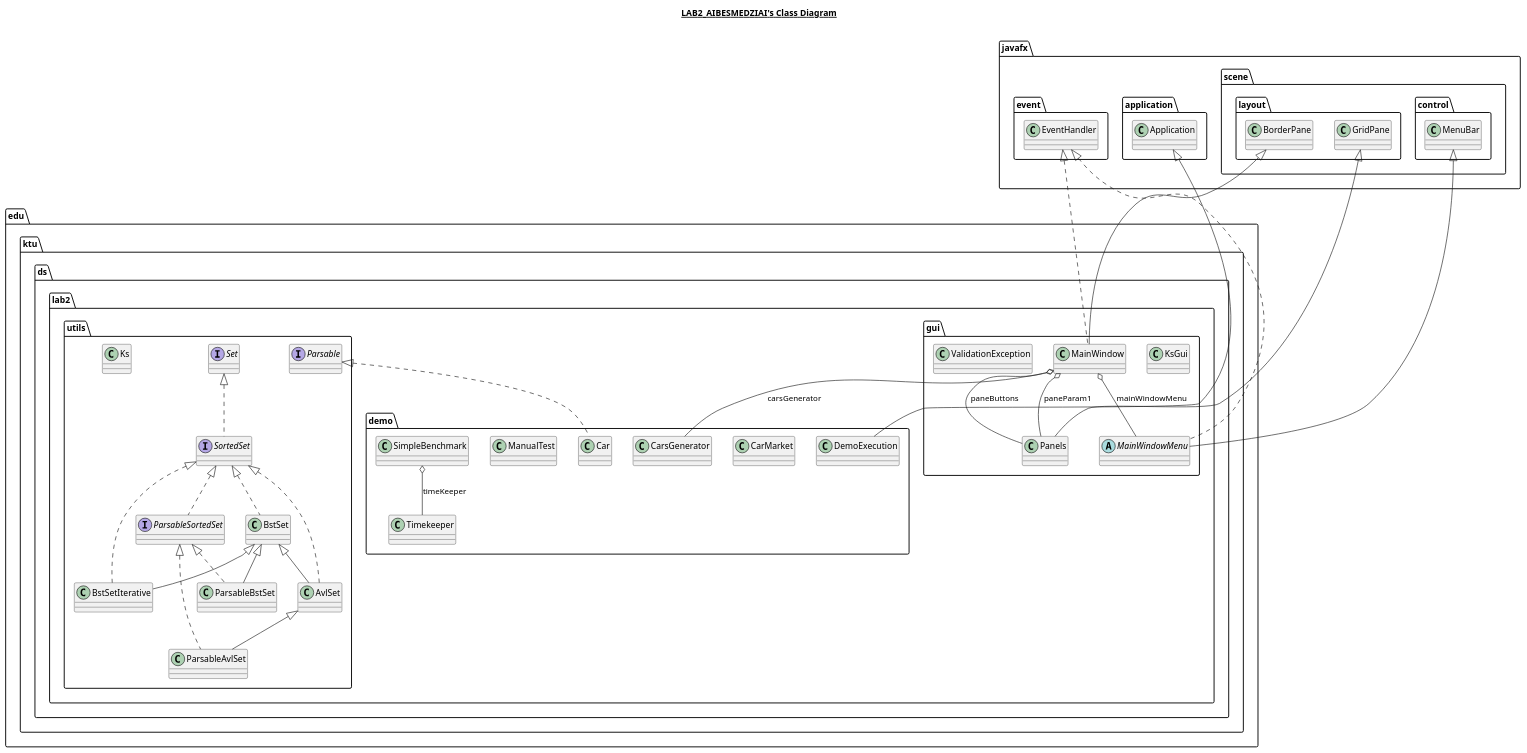
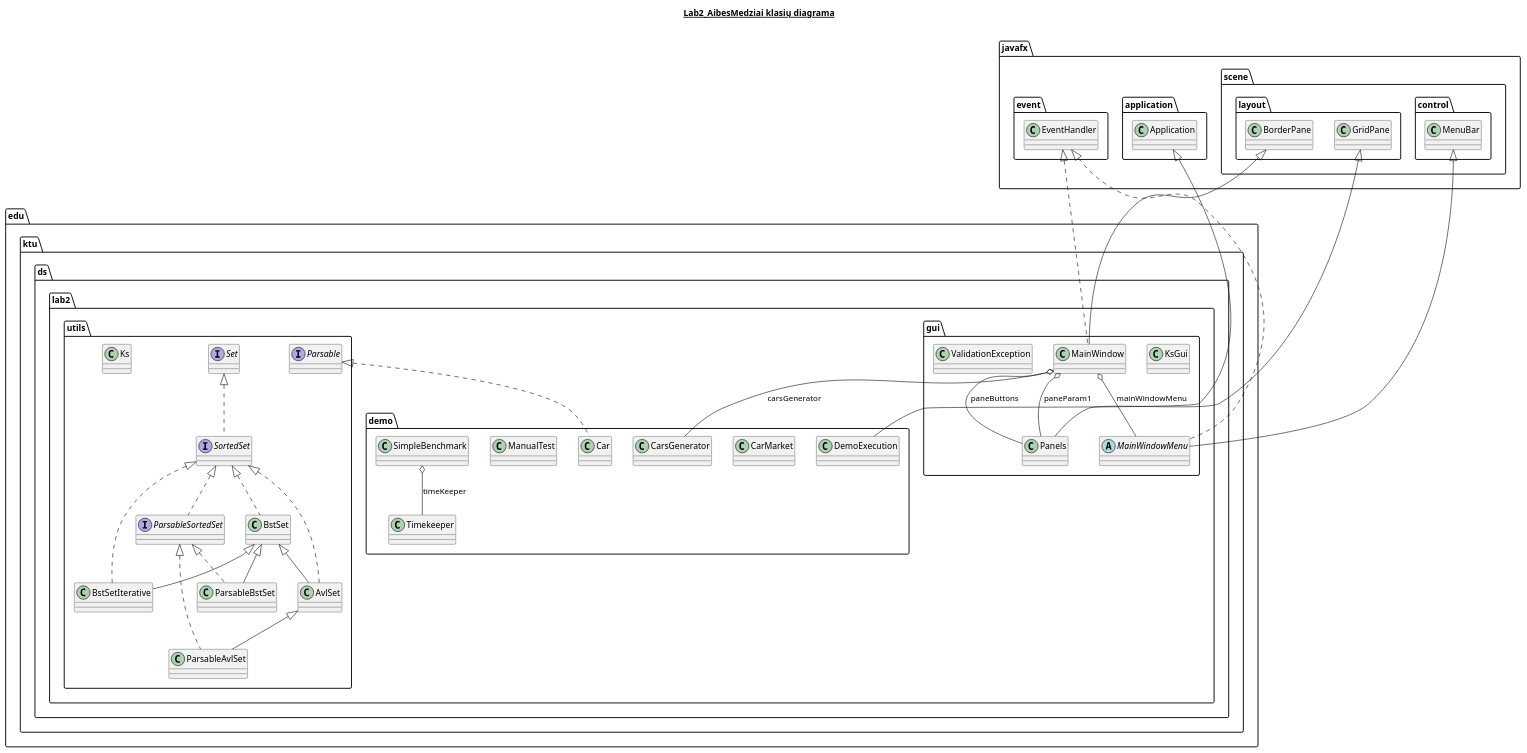
Before and after one commit to dastruktu/lab2: the diagram in Lab2_AibesMedziai.plantuml, drawn with PlantUML. The commit also changed 1 other file, not shown here.

Commit message:
Added classes diagram in plantuml and png formats

```diff
--- a/Lab2_AibesMedziai.plantuml
+++ b/Lab2_AibesMedziai.plantuml
@@ -1,161 +1,161 @@
 @startuml
 
-title __LAB2_AIBESMEDZIAI's Class Diagram__\n
+title __Lab2_AibesMedziai klasių diagrama__\n
 
   namespace edu.ktu.ds.lab2.demo {
     class edu.ktu.ds.lab2.demo.Car {
     }
   }
   
 
   namespace edu.ktu.ds.lab2.demo {
     class edu.ktu.ds.lab2.demo.CarMarket {
     }
   }
   
 
   namespace edu.ktu.ds.lab2.demo {
     class edu.ktu.ds.lab2.demo.CarsGenerator {
     }
   }
   
 
   namespace edu.ktu.ds.lab2.demo {
     class edu.ktu.ds.lab2.demo.DemoExecution {
     }
   }
   
 
   namespace edu.ktu.ds.lab2.demo {
     class edu.ktu.ds.lab2.demo.ManualTest {
     }
   }
   
 
   namespace edu.ktu.ds.lab2.demo {
     class edu.ktu.ds.lab2.demo.SimpleBenchmark {
     }
   }
   
 
   namespace edu.ktu.ds.lab2.demo {
     class edu.ktu.ds.lab2.demo.Timekeeper {
     }
   }
   
 
   namespace edu.ktu.ds.lab2.gui {
     class edu.ktu.ds.lab2.gui.KsGui {
     }
   }
   
 
   namespace edu.ktu.ds.lab2.gui {
     class edu.ktu.ds.lab2.gui.MainWindow {
     }
   }
   
 
   namespace edu.ktu.ds.lab2.gui {
     abstract class edu.ktu.ds.lab2.gui.MainWindowMenu {
     }
   }
   
 
   namespace edu.ktu.ds.lab2.gui {
     class edu.ktu.ds.lab2.gui.Panels {
     }
   }
   
 
   namespace edu.ktu.ds.lab2.gui {
     class edu.ktu.ds.lab2.gui.ValidationException {
     }
   }
   
 
   namespace edu.ktu.ds.lab2.utils {
     class edu.ktu.ds.lab2.utils.AvlSet {
     }
   }
   
 
   namespace edu.ktu.ds.lab2.utils {
     class edu.ktu.ds.lab2.utils.BstSet {
     }
   }
   
 
   namespace edu.ktu.ds.lab2.utils {
     class edu.ktu.ds.lab2.utils.BstSetIterative {
     }
   }
   
 
   namespace edu.ktu.ds.lab2.utils {
     class edu.ktu.ds.lab2.utils.Ks {
     }
   }
   
 
   namespace edu.ktu.ds.lab2.utils {
     interface edu.ktu.ds.lab2.utils.Parsable {
     }
   }
   
 
   namespace edu.ktu.ds.lab2.utils {
     class edu.ktu.ds.lab2.utils.ParsableAvlSet {
     }
   }
   
 
   namespace edu.ktu.ds.lab2.utils {
     class edu.ktu.ds.lab2.utils.ParsableBstSet {
     }
   }
   
 
   namespace edu.ktu.ds.lab2.utils {
     interface edu.ktu.ds.lab2.utils.ParsableSortedSet {
     }
   }
   
 
   namespace edu.ktu.ds.lab2.utils {
     interface edu.ktu.ds.lab2.utils.Set {
     }
   }
   
 
   namespace edu.ktu.ds.lab2.utils {
     interface edu.ktu.ds.lab2.utils.SortedSet {
     }
   }
   
 
   edu.ktu.ds.lab2.demo.Car .up.|> edu.ktu.ds.lab2.utils.Parsable
   edu.ktu.ds.lab2.demo.DemoExecution -up-|> javafx.application.Application
   edu.ktu.ds.lab2.demo.SimpleBenchmark o-- edu.ktu.ds.lab2.demo.Timekeeper : timeKeeper
   edu.ktu.ds.lab2.gui.MainWindow .up.|> javafx.event.EventHandler
   edu.ktu.ds.lab2.gui.MainWindow -up-|> javafx.scene.layout.BorderPane
   edu.ktu.ds.lab2.gui.MainWindow o-- edu.ktu.ds.lab2.demo.CarsGenerator : carsGenerator
   edu.ktu.ds.lab2.gui.MainWindow o-- edu.ktu.ds.lab2.gui.MainWindowMenu : mainWindowMenu
   edu.ktu.ds.lab2.gui.MainWindow o-- edu.ktu.ds.lab2.gui.Panels : paneButtons
   edu.ktu.ds.lab2.gui.MainWindow o-- edu.ktu.ds.lab2.gui.Panels : paneParam1
   edu.ktu.ds.lab2.gui.MainWindowMenu .up.|> javafx.event.EventHandler
   edu.ktu.ds.lab2.gui.MainWindowMenu -up-|> javafx.scene.control.MenuBar
   edu.ktu.ds.lab2.gui.Panels -up-|> javafx.scene.layout.GridPane
   edu.ktu.ds.lab2.utils.AvlSet .up.|> edu.ktu.ds.lab2.utils.SortedSet
   edu.ktu.ds.lab2.utils.AvlSet -up-|> edu.ktu.ds.lab2.utils.BstSet
   edu.ktu.ds.lab2.utils.BstSet .up.|> edu.ktu.ds.lab2.utils.SortedSet
   edu.ktu.ds.lab2.utils.SortedSet .up.|> edu.ktu.ds.lab2.utils.Set
   edu.ktu.ds.lab2.utils.BstSetIterative .up.|> edu.ktu.ds.lab2.utils.SortedSet
   edu.ktu.ds.lab2.utils.BstSetIterative -up-|> edu.ktu.ds.lab2.utils.BstSet
   edu.ktu.ds.lab2.utils.ParsableAvlSet .up.|> edu.ktu.ds.lab2.utils.ParsableSortedSet
   edu.ktu.ds.lab2.utils.ParsableAvlSet -up-|> edu.ktu.ds.lab2.utils.AvlSet
   edu.ktu.ds.lab2.utils.ParsableBstSet .up.|> edu.ktu.ds.lab2.utils.ParsableSortedSet
   edu.ktu.ds.lab2.utils.ParsableSortedSet .up.|> edu.ktu.ds.lab2.utils.SortedSet
   edu.ktu.ds.lab2.utils.ParsableBstSet -up-|> edu.ktu.ds.lab2.utils.BstSet
 
 @enduml
```
